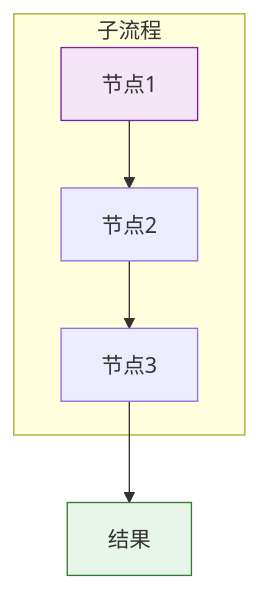
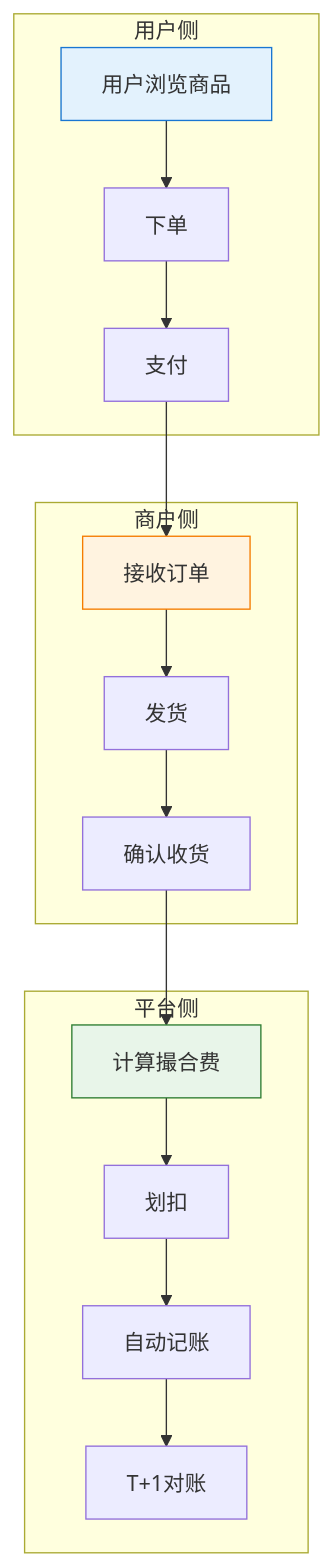
The second of 5 diagrams in prd-脚手架/prd.md (LinYuanxia/gongchengcang), drawn with Mermaid before and after one commit. The commit also changed other lines of this file and 57 other files, not shown here.

````diff
--- a/prd-脚手架/prd.md
+++ b/prd-脚手架/prd.md
@@ -151,10 +190,25 @@
 ```mermaid
-graph TB
-    subgraph 子流程
-        A[节点1] --> B[节点2]
-        B --> C[节点3]
+flowchart TB
+    subgraph 用户侧
+        A[用户浏览商品] --> B[下单]
+        B --> C[支付]
     end
-    C --> D[结果]
-    style A fill:#f3e5f5,stroke:#7b1fa2
-    style D fill:#e8f5e9,stroke:#2e7d32
+
+    subgraph 商户侧
+        D[接收订单] --> E[发货]
+        E --> F[确认收货]
+    end
+
+    subgraph 平台侧
+        G[计算撮合费] --> H[划扣]
+        H --> I[自动记账]
+        I --> J[T+1对账]
+    end
+
+    C --> D
+    F --> G
+
+    style A fill:#e3f2fd,stroke:#1976d2
+    style D fill:#fff3e0,stroke:#f57c00
+    style G fill:#e8f5e9,stroke:#2e7d32
 ```
````
